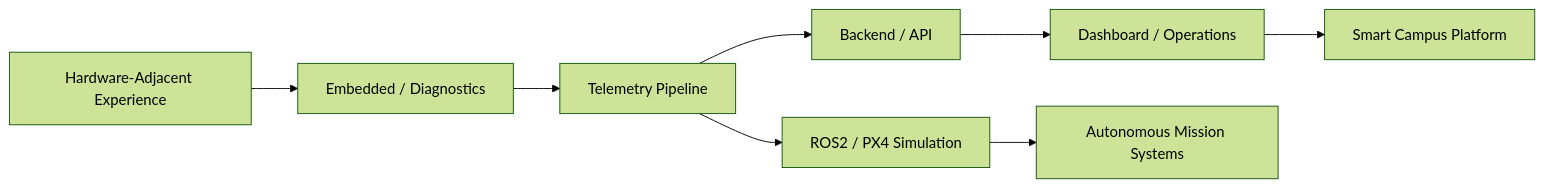
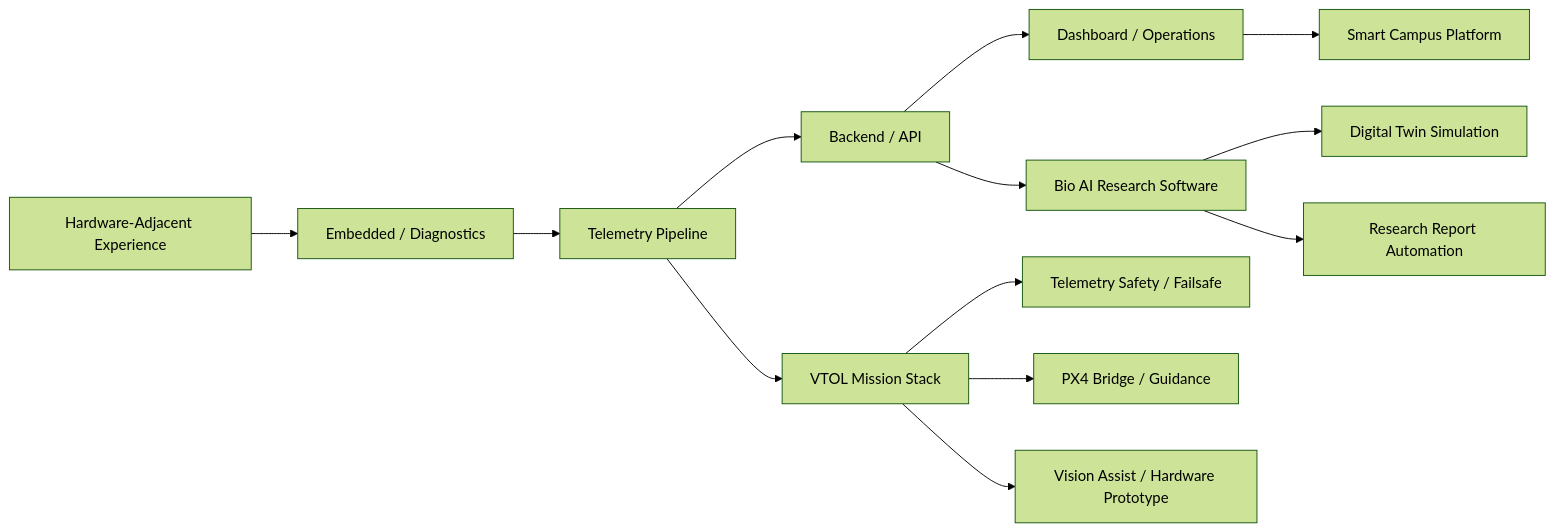
Before and after one commit to gxmzung/gxmzung: the diagram in README.md, drawn with Mermaid (forest theme). The commit also changed other lines of this file, not shown here.

````diff
--- a/README.md
+++ b/README.md
@@ -101,10 +106,15 @@
 ```mermaid
 flowchart LR
     A[Hardware-Adjacent Experience] --> B[Embedded / Diagnostics]
     B --> C[Telemetry Pipeline]
     C --> D[Backend / API]
     D --> E[Dashboard / Operations]
-    E --> F[Smart Campus Platform]
-    C --> G[ROS2 / PX4 Simulation]
-    G --> H[Autonomous Mission Systems]
+    C --> F[VTOL Mission Stack]
+    F --> G[Telemetry Safety / Failsafe]
+    F --> H[PX4 Bridge / Guidance]
+    F --> I[Vision Assist / Hardware Prototype]
+    D --> J[Bio AI Research Software]
+    J --> K[Digital Twin Simulation]
+    J --> L[Research Report Automation]
+    E --> M[Smart Campus Platform]
 ```
````
